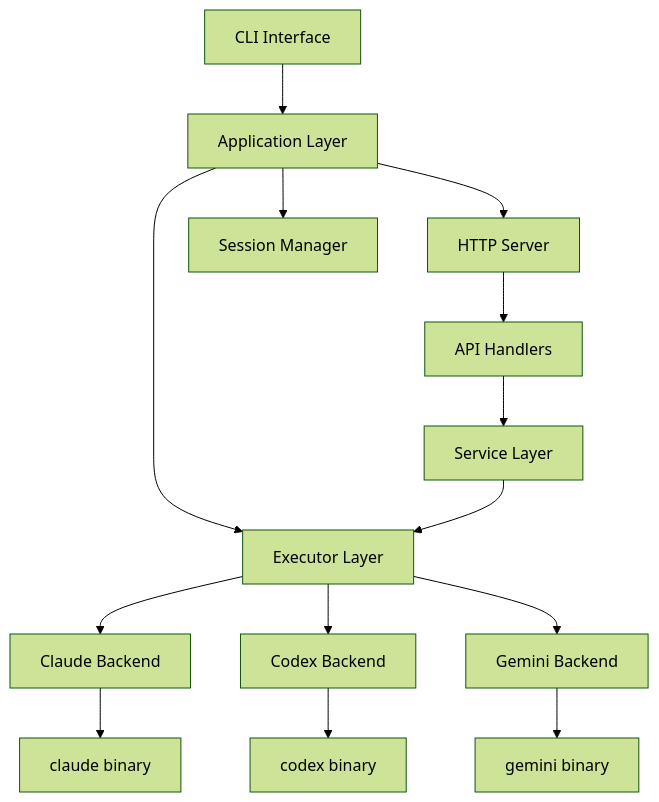
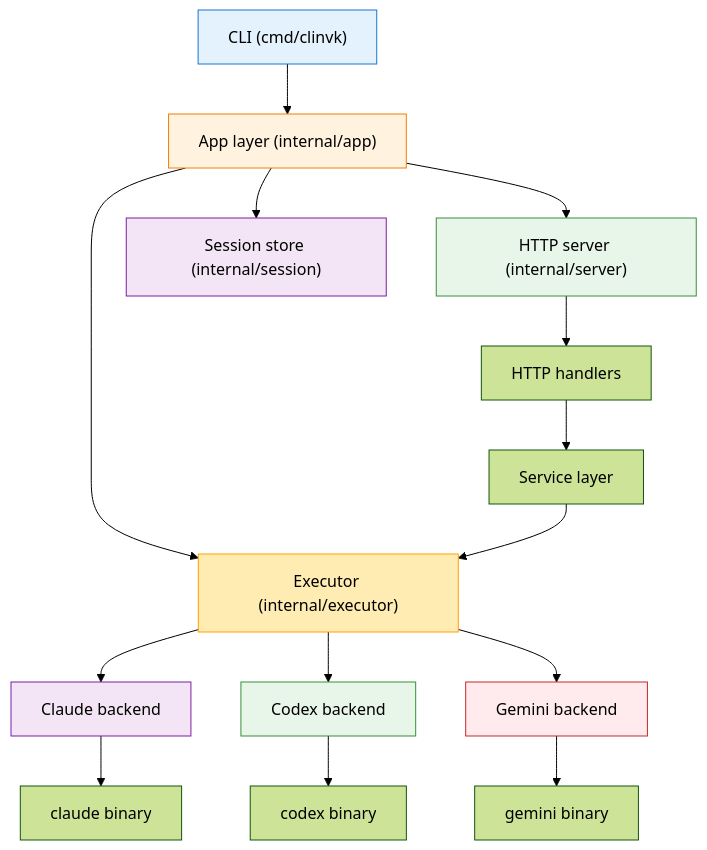
One commit to signalridge/clinvoker changed the first of 4 diagrams in docs/development/architecture.md. Above: the diagram before and after it, drawn with Mermaid (forest theme). The commit also changed other lines of this file and 14 other files, not shown here.

First line of the commit message:
docs: add Integration section and refine Mermaid diagrams

````diff
--- a/docs/development/architecture.md
+++ b/docs/development/architecture.md
@@ -7,19 +7,28 @@
 ```mermaid
-graph TD
-    CLI[CLI Interface] --> App[Application Layer]
-    App --> Executor[Executor Layer]
-    App --> Server[HTTP Server]
-    App --> Session[Session Manager]
+flowchart TD
+    CLI["CLI (cmd/clinvk)"] --> App["App layer (internal/app)"]
+    App --> Executor["Executor (internal/executor)"]
+    App --> Server["HTTP server (internal/server)"]
+    App --> Session["Session store (internal/session)"]
 
-    Executor --> Claude[Claude Backend]
-    Executor --> Codex[Codex Backend]
-    Executor --> Gemini[Gemini Backend]
+    Executor --> Claude["Claude backend"]
+    Executor --> Codex["Codex backend"]
+    Executor --> Gemini["Gemini backend"]
 
-    Server --> Handlers[API Handlers]
-    Handlers --> Service[Service Layer]
+    Server --> Handlers["HTTP handlers"]
+    Handlers --> Service["Service layer"]
     Service --> Executor
 
-    Claude --> ExtClaude[claude binary]
-    Codex --> ExtCodex[codex binary]
-    Gemini --> ExtGemini[gemini binary]
+    Claude --> ExtClaude["claude binary"]
+    Codex --> ExtCodex["codex binary"]
+    Gemini --> ExtGemini["gemini binary"]
+
+    style CLI fill:#e3f2fd,stroke:#1976d2
+    style App fill:#fff3e0,stroke:#f57c00
+    style Executor fill:#ffecb3,stroke:#ffa000
+    style Server fill:#e8f5e9,stroke:#388e3c
+    style Session fill:#f3e5f5,stroke:#7b1fa2
+    style Claude fill:#f3e5f5,stroke:#7b1fa2
+    style Codex fill:#e8f5e9,stroke:#388e3c
+    style Gemini fill:#ffebee,stroke:#c62828
 ```
````
